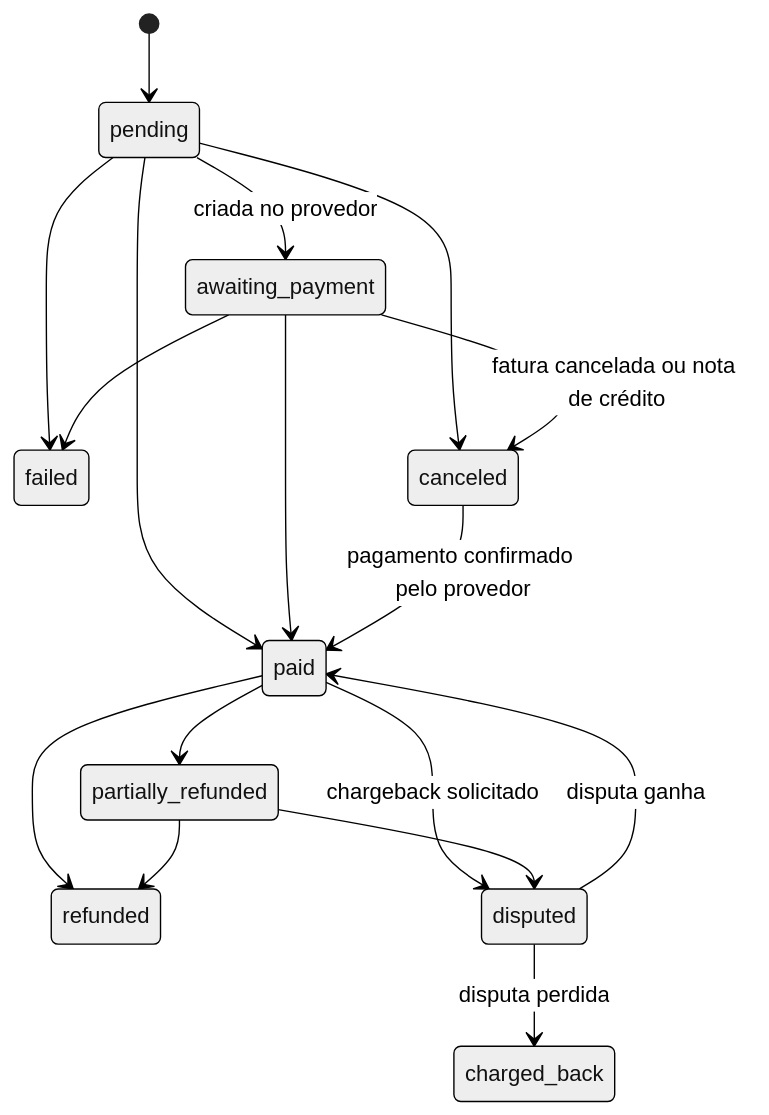
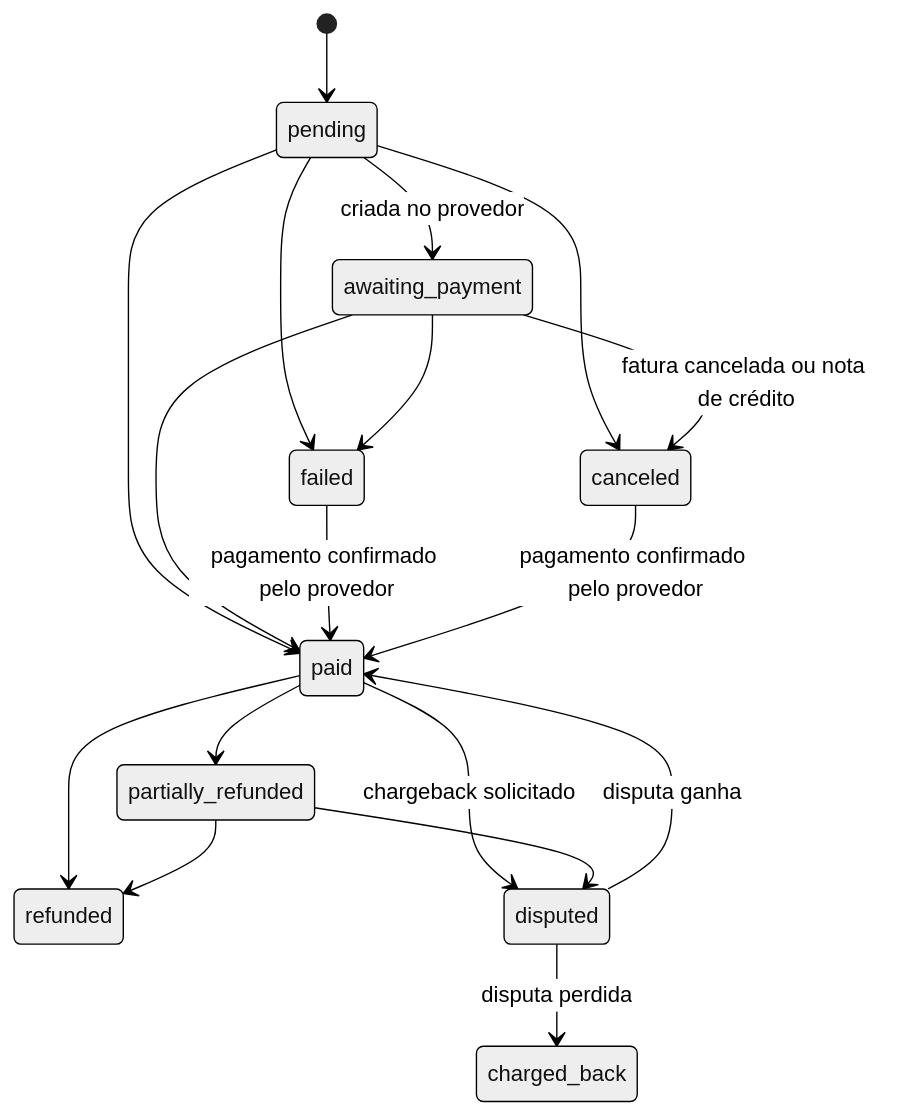
One commit to ricartefelipe/recorvia changed the fifth of 6 diagrams in docs/arquitetura/maquinas-de-estado.md. Above: the diagram before and after it, drawn with Mermaid (neutral theme). The commit also changed other lines of this file and 46 other files, not shown here.

````diff
--- a/docs/arquitetura/maquinas-de-estado.md
+++ b/docs/arquitetura/maquinas-de-estado.md
@@ -80,19 +83,20 @@
 ```mermaid
 stateDiagram-v2
   [*] --> pending
   pending --> awaiting_payment: criada no provedor
   pending --> paid
   pending --> failed
   pending --> canceled
   awaiting_payment --> paid
   awaiting_payment --> failed
   awaiting_payment --> canceled: fatura cancelada ou nota de crédito
+  failed --> paid: pagamento confirmado pelo provedor
   canceled --> paid: pagamento confirmado pelo provedor
   paid --> partially_refunded
   paid --> refunded
   paid --> disputed: chargeback solicitado
   partially_refunded --> refunded
   partially_refunded --> disputed
   disputed --> paid: disputa ganha
   disputed --> charged_back: disputa perdida
 ```
````
